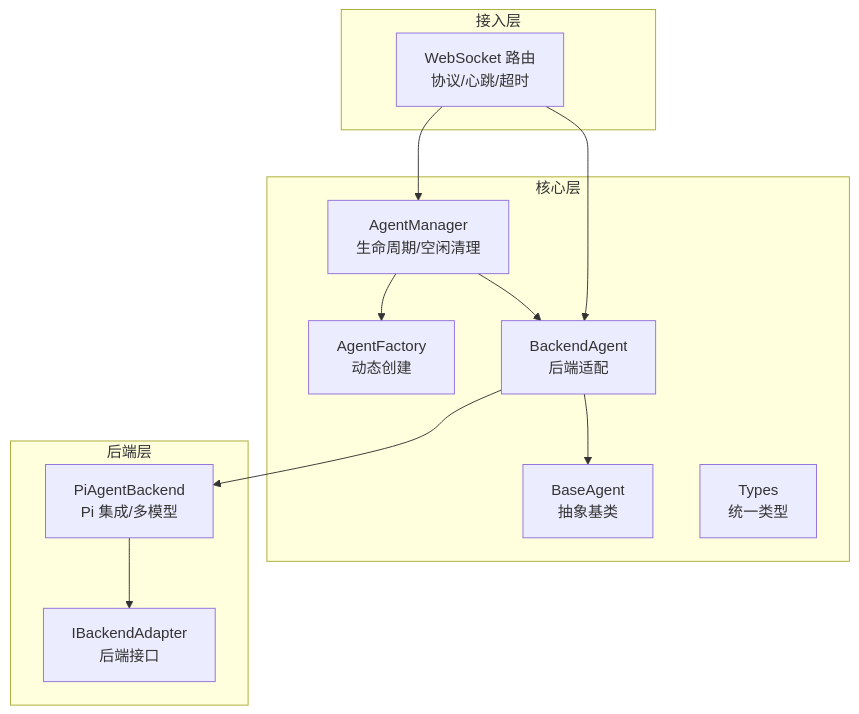
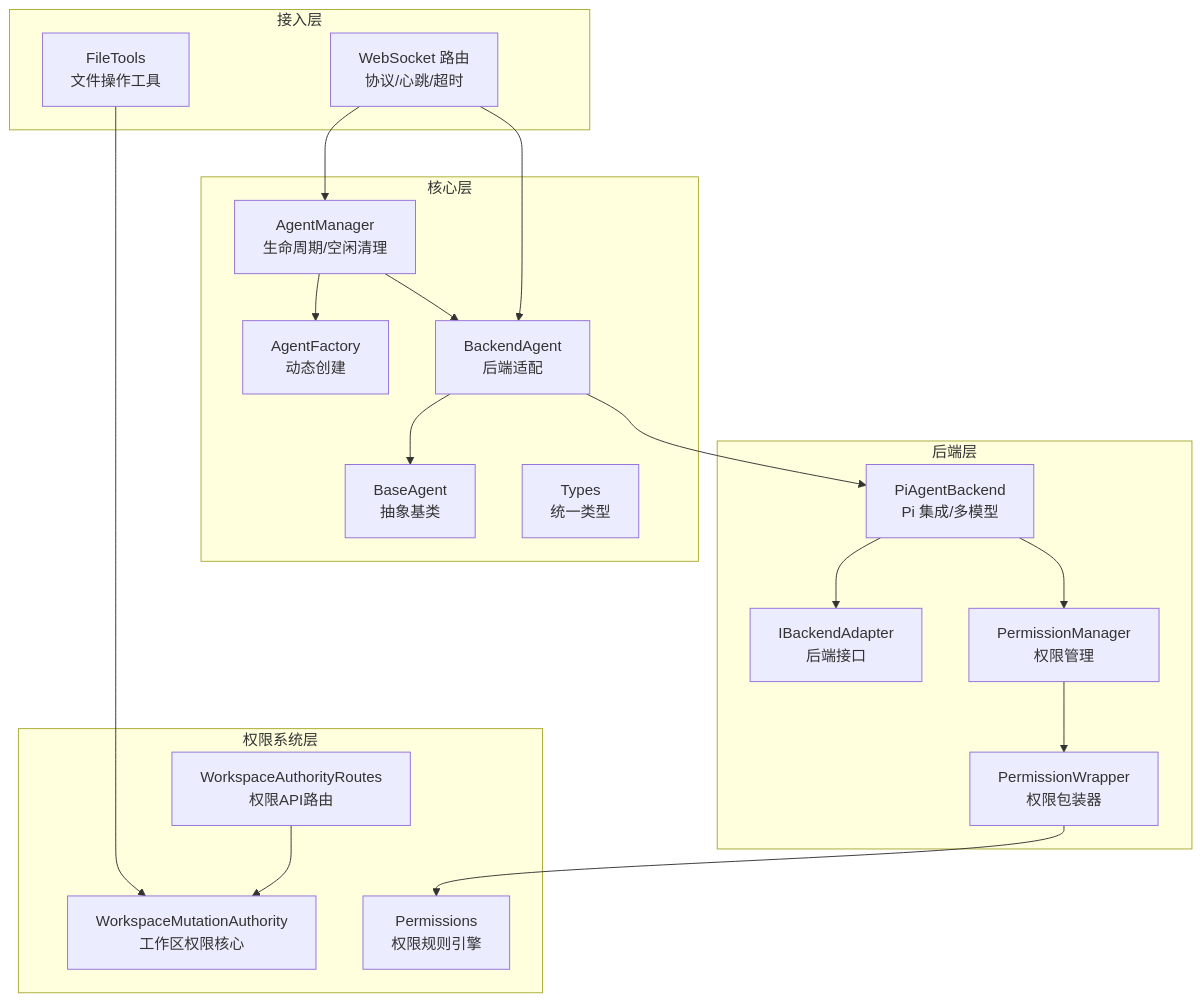
The first of 9 diagrams in .qoder/repowiki/zh/content/核心服务/Agent 服务/Agent 服务.md (qihaogithub/workbench), drawn with Mermaid before and after one commit. The commit also changed other lines of this file and 448 other files, not shown here.

````diff
--- a/.qoder/repowiki/zh/content/核心服务/Agent 服务/Agent 服务.md
+++ b/.qoder/repowiki/zh/content/核心服务/Agent 服务/Agent 服务.md
@@ -45,24 +63,37 @@
 ```mermaid
 graph TB
 subgraph "核心层"
 AM["AgentManager<br/>生命周期/空闲清理"]
 AF["AgentFactory<br/>动态创建"]
 BA["BackendAgent<br/>后端适配"]
 BASE["BaseAgent<br/>抽象基类"]
 TYPES["Types<br/>统一类型"]
 end
 subgraph "后端层"
 PI["PiAgentBackend<br/>Pi 集成/多模型"]
 IBA["IBackendAdapter<br/>后端接口"]
+PM["PermissionManager<br/>权限管理"]
+PW["PermissionWrapper<br/>权限包装器"]
+end
+subgraph "权限系统层"
+WMA["WorkspaceMutationAuthority<br/>工作区权限核心"]
+WAR["WorkspaceAuthorityRoutes<br/>权限API路由"]
+PT["Permissions<br/>权限规则引擎"]
 end
 subgraph "接入层"
 WS["WebSocket 路由<br/>协议/心跳/超时"]
+FT["FileTools<br/>文件操作工具"]
 end
 AM --> AF
 AM --> BA
 BA --> BASE
 BA --> PI
 PI --> IBA
+PI --> PM
+PM --> PW
+PW --> PT
+FT --> WMA
 WS --> AM
 WS --> BA
+WAR --> WMA
 ```
````
